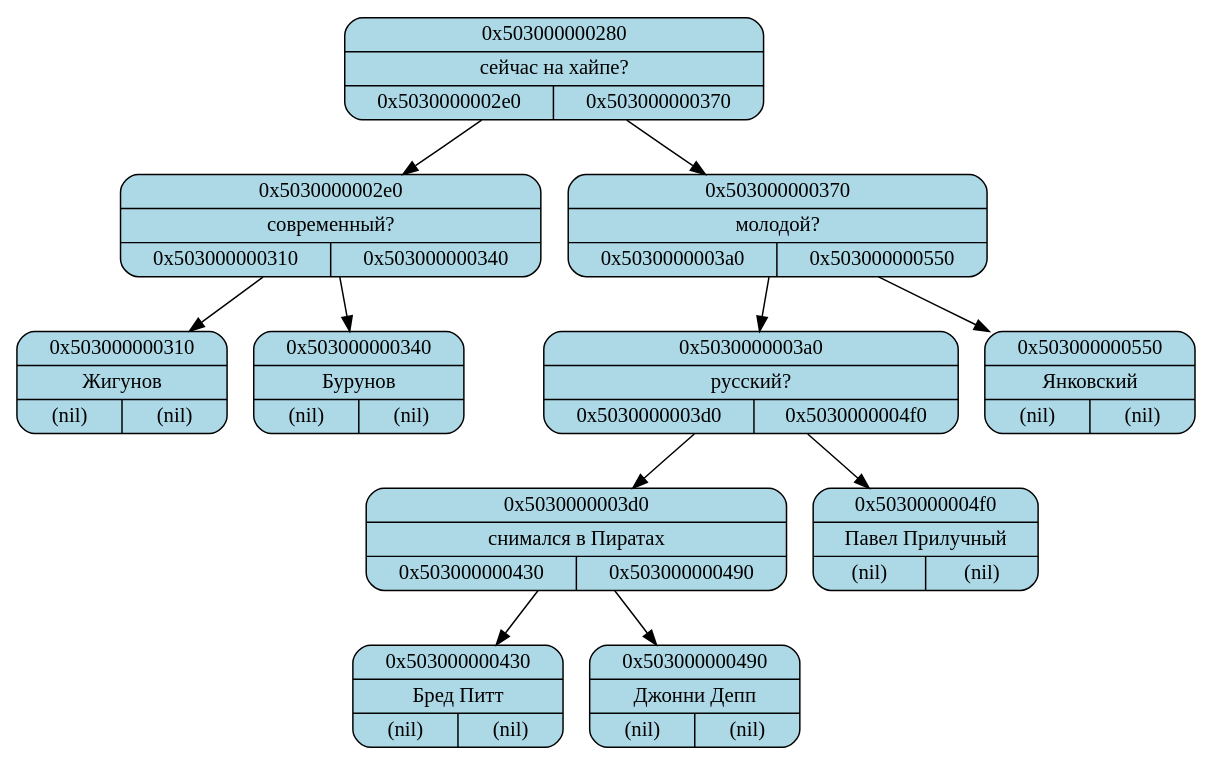
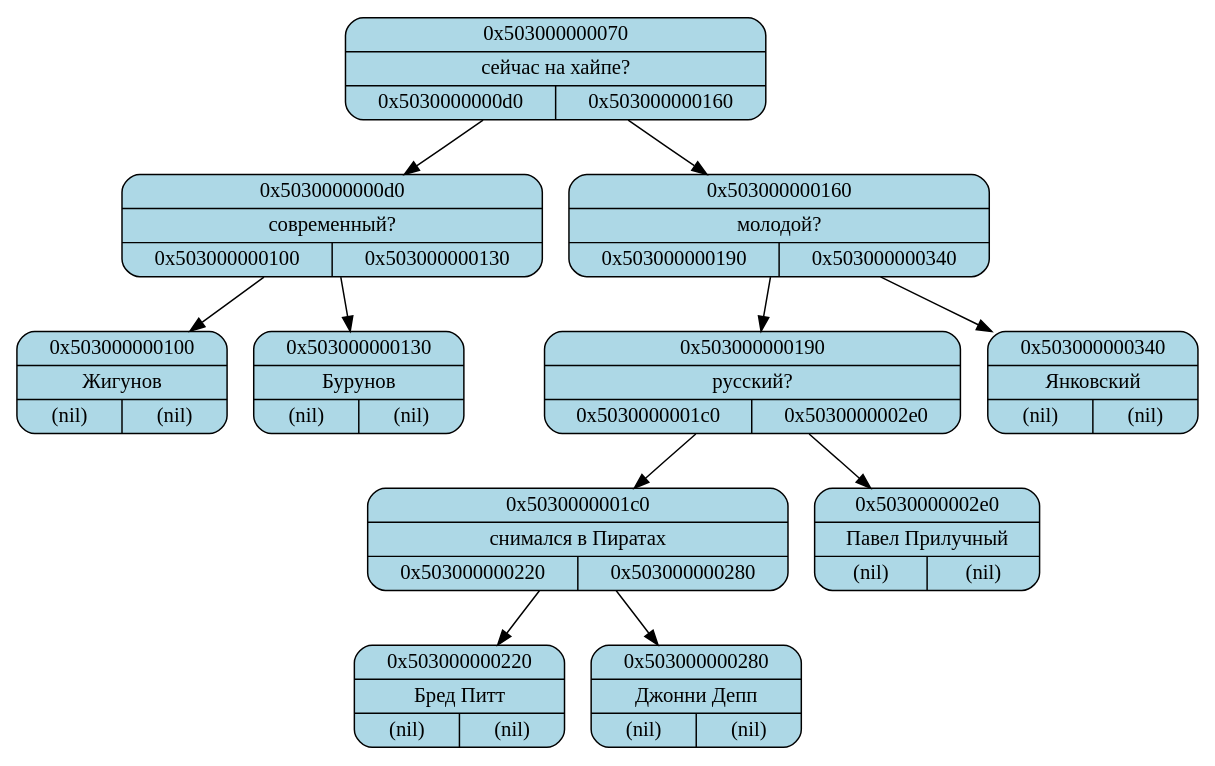
Before and after one commit to satooomikk11/Tree: the diagram in tree.dot, drawn with Graphviz. The commit also changed 2 other files, not shown here.

```diff
--- a/tree.dot
+++ b/tree.dot
@@ -1,25 +1,25 @@
 digraph Tree
 {
 
-	node0x503000000280[shape=Mrecord, style="rounded, filled", fillcolor="lightblue", label="{0x503000000280 | {сейчас на хайпе?} | {0x5030000002e0 | 0x503000000370}}"]
-	node0x503000000280 -> node0x5030000002e0
-	node0x5030000002e0[shape=Mrecord, style="rounded, filled", fillcolor="lightblue", label="{0x5030000002e0 | {современный?} | {0x503000000310 | 0x503000000340}}"]
-	node0x5030000002e0 -> node0x503000000310
-	node0x503000000310[shape=Mrecord, style="rounded, filled", fillcolor="lightblue", label="{0x503000000310 | {Жигунов} | {(nil) | (nil)}}"]
-	node0x5030000002e0 -> node0x503000000340
-	node0x503000000340[shape=Mrecord, style="rounded, filled", fillcolor="lightblue", label="{0x503000000340 | {Бурунов} | {(nil) | (nil)}}"]
-	node0x503000000280 -> node0x503000000370
-	node0x503000000370[shape=Mrecord, style="rounded, filled", fillcolor="lightblue", label="{0x503000000370 | {молодой?} | {0x5030000003a0 | 0x503000000550}}"]
-	node0x503000000370 -> node0x5030000003a0
-	node0x5030000003a0[shape=Mrecord, style="rounded, filled", fillcolor="lightblue", label="{0x5030000003a0 | {русский?} | {0x5030000003d0 | 0x5030000004f0}}"]
-	node0x5030000003a0 -> node0x5030000003d0
-	node0x5030000003d0[shape=Mrecord, style="rounded, filled", fillcolor="lightblue", label="{0x5030000003d0 | {снимался в Пиратах} | {0x503000000430 | 0x503000000490}}"]
-	node0x5030000003d0 -> node0x503000000430
-	node0x503000000430[shape=Mrecord, style="rounded, filled", fillcolor="lightblue", label="{0x503000000430 | {Бред Питт} | {(nil) | (nil)}}"]
-	node0x5030000003d0 -> node0x503000000490
-	node0x503000000490[shape=Mrecord, style="rounded, filled", fillcolor="lightblue", label="{0x503000000490 | {Джонни Депп} | {(nil) | (nil)}}"]
-	node0x5030000003a0 -> node0x5030000004f0
-	node0x5030000004f0[shape=Mrecord, style="rounded, filled", fillcolor="lightblue", label="{0x5030000004f0 | {Павел Прилучный} | {(nil) | (nil)}}"]
-	node0x503000000370 -> node0x503000000550
-	node0x503000000550[shape=Mrecord, style="rounded, filled", fillcolor="lightblue", label="{0x503000000550 | {Янковский} | {(nil) | (nil)}}"]
+	node0x503000000070[shape=Mrecord, style="rounded, filled", fillcolor="lightblue", label="{0x503000000070 | {сейчас на хайпе?} | {0x5030000000d0 | 0x503000000160}}"]
+	node0x503000000070 -> node0x5030000000d0
+	node0x5030000000d0[shape=Mrecord, style="rounded, filled", fillcolor="lightblue", label="{0x5030000000d0 | {современный?} | {0x503000000100 | 0x503000000130}}"]
+	node0x5030000000d0 -> node0x503000000100
+	node0x503000000100[shape=Mrecord, style="rounded, filled", fillcolor="lightblue", label="{0x503000000100 | {Жигунов} | {(nil) | (nil)}}"]
+	node0x5030000000d0 -> node0x503000000130
+	node0x503000000130[shape=Mrecord, style="rounded, filled", fillcolor="lightblue", label="{0x503000000130 | {Бурунов} | {(nil) | (nil)}}"]
+	node0x503000000070 -> node0x503000000160
+	node0x503000000160[shape=Mrecord, style="rounded, filled", fillcolor="lightblue", label="{0x503000000160 | {молодой?} | {0x503000000190 | 0x503000000340}}"]
+	node0x503000000160 -> node0x503000000190
+	node0x503000000190[shape=Mrecord, style="rounded, filled", fillcolor="lightblue", label="{0x503000000190 | {русский?} | {0x5030000001c0 | 0x5030000002e0}}"]
+	node0x503000000190 -> node0x5030000001c0
+	node0x5030000001c0[shape=Mrecord, style="rounded, filled", fillcolor="lightblue", label="{0x5030000001c0 | {снимался в Пиратах} | {0x503000000220 | 0x503000000280}}"]
+	node0x5030000001c0 -> node0x503000000220
+	node0x503000000220[shape=Mrecord, style="rounded, filled", fillcolor="lightblue", label="{0x503000000220 | {Бред Питт} | {(nil) | (nil)}}"]
+	node0x5030000001c0 -> node0x503000000280
+	node0x503000000280[shape=Mrecord, style="rounded, filled", fillcolor="lightblue", label="{0x503000000280 | {Джонни Депп} | {(nil) | (nil)}}"]
+	node0x503000000190 -> node0x5030000002e0
+	node0x5030000002e0[shape=Mrecord, style="rounded, filled", fillcolor="lightblue", label="{0x5030000002e0 | {Павел Прилучный} | {(nil) | (nil)}}"]
+	node0x503000000160 -> node0x503000000340
+	node0x503000000340[shape=Mrecord, style="rounded, filled", fillcolor="lightblue", label="{0x503000000340 | {Янковский} | {(nil) | (nil)}}"]
 }
```
